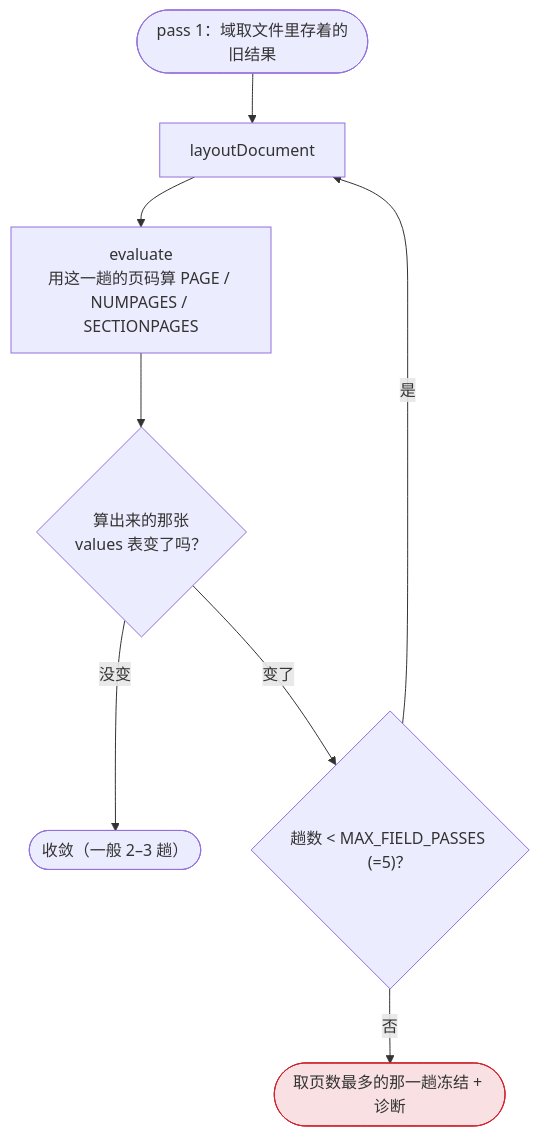
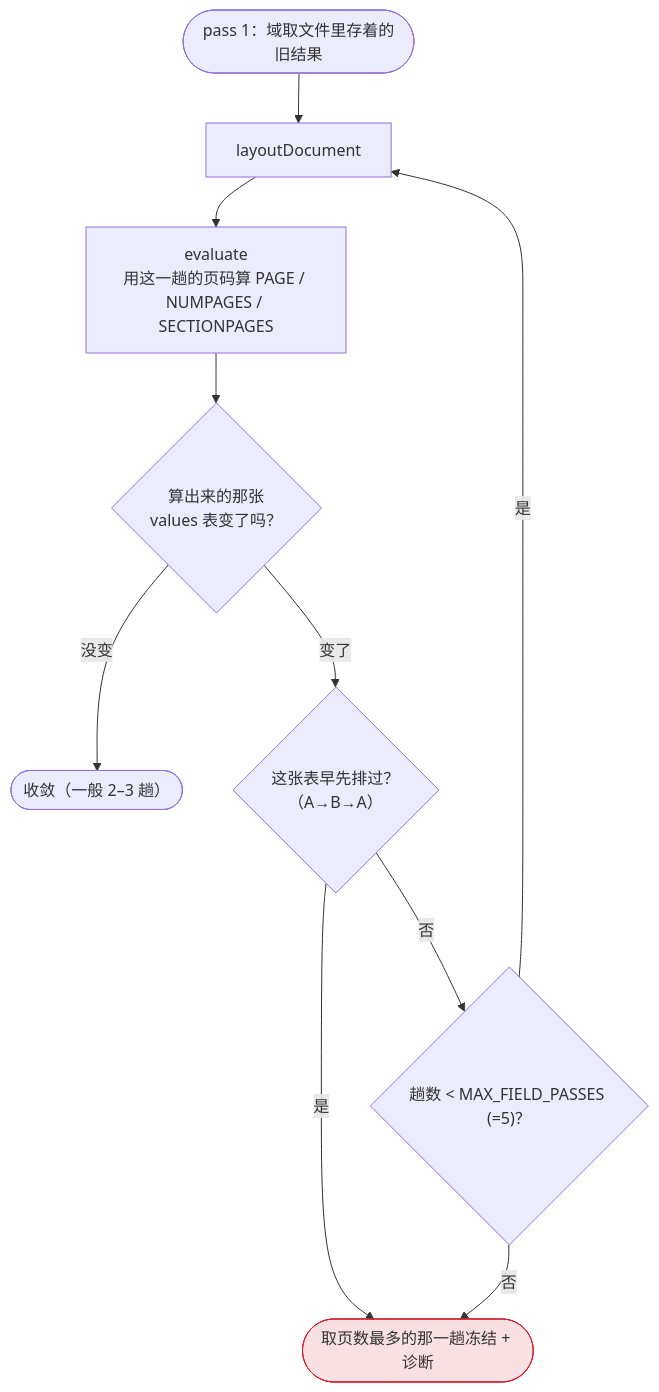
One commit to shedan9/ultimate-word-js changed the fifth of 7 diagrams in docs/architecture.md. Above: the diagram before and after it, drawn with Mermaid. The commit also changed other lines of this file and 18 other files, not shown here.

````diff
--- a/docs/architecture.md
+++ b/docs/architecture.md
@@ -710,12 +716,14 @@
 ```mermaid
 flowchart TB
   s(["pass 1：域取文件里存着的旧结果"]) --> l["layoutDocument"]
   l --> r["evaluate<br/>用这一趟的页码算 PAGE / NUMPAGES / SECTIONPAGES"]
   r --> c{"算出来的那张<br/>values 表变了吗？"}
   c -->|没变| done(["收敛（一般 2–3 趟）"])
-  c -->|变了| i{"趟数 < MAX_FIELD_PASSES (=5)？"}
+  c -->|变了| o{"这张表早先排过？<br/>（A→B→A）"}
+  o -->|是| f(["取页数最多的那一趟冻结 + 诊断"])
+  o -->|否| i{"趟数 < MAX_FIELD_PASSES (=5)？"}
   i -->|是| l
-  i -->|否| f(["取页数最多的那一趟冻结 + 诊断"])
+  i -->|否| f
 
   style f fill:#cf222e22,stroke:#cf222e
 ```
````
